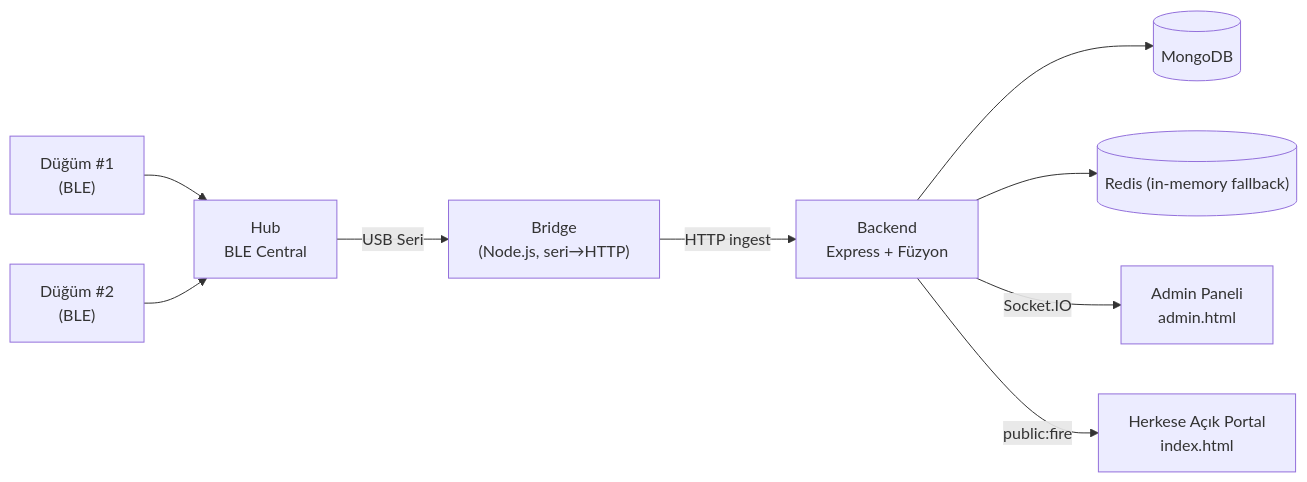
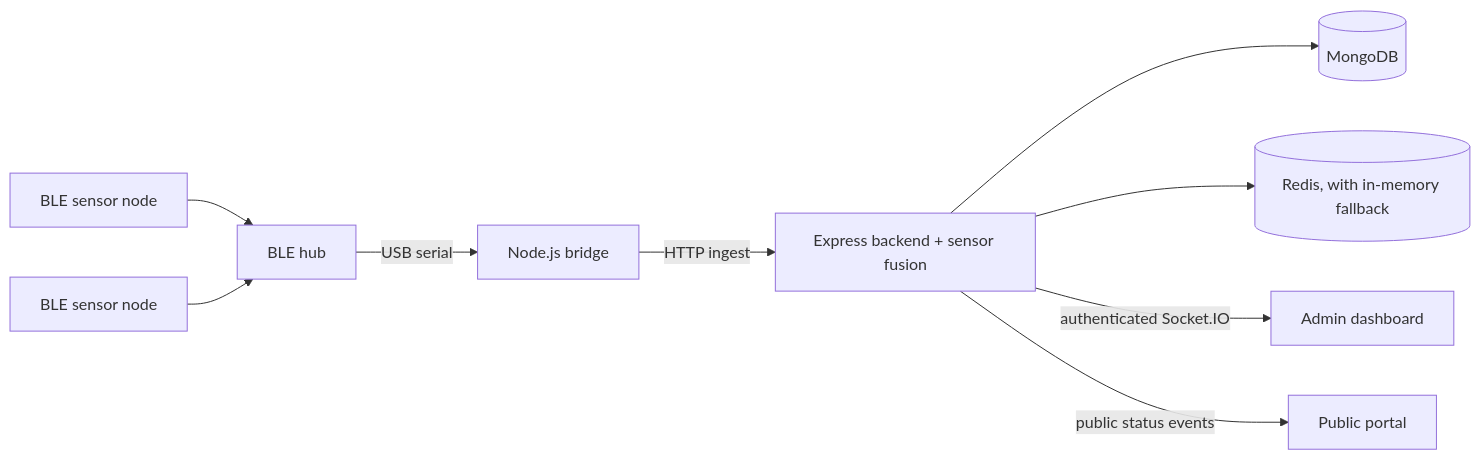
The diagram in README.md (msahhf/asset-early-warning-system), drawn with Mermaid before and after one commit. The commit also changed other lines of this file and 46 other files, not shown here.

````diff
--- a/README.md
+++ b/README.md
@@ -7,11 +9,11 @@
 ```mermaid
 flowchart LR
-    N1["Düğüm #1<br/>(BLE)"] --> H["Hub<br/>BLE Central"]
-    N2["Düğüm #2<br/>(BLE)"] --> H
-    H -- "USB Seri" --> B["Bridge<br/>(Node.js, seri→HTTP)"]
-    B -- "HTTP ingest" --> BE["Backend<br/>Express + Füzyon"]
+    N1["BLE sensor node"] --> H["BLE hub"]
+    N2["BLE sensor node"] --> H
+    H -- "USB serial" --> B["Node.js bridge"]
+    B -- "HTTP ingest" --> BE["Express backend + sensor fusion"]
     BE --> DB[("MongoDB")]
-    BE --> RD[("Redis (in-memory fallback)")]
-    BE -- "Socket.IO" --> ADM["Admin Paneli<br/>admin.html"]
-    BE -- "public:fire" --> PRT["Herkese Açık Portal<br/>index.html"]
+    BE --> R[("Redis, with in-memory fallback")]
+    BE -- "authenticated Socket.IO" --> ADM["Admin dashboard"]
+    BE -- "public status events" --> WEB["Public portal"]
 ```
````
